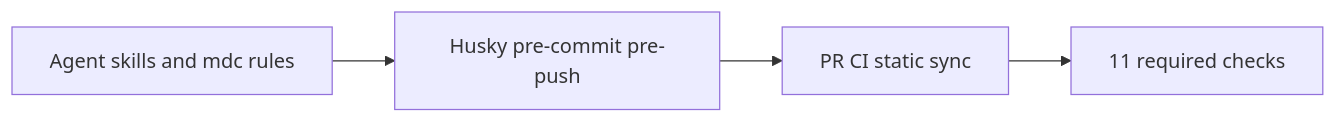
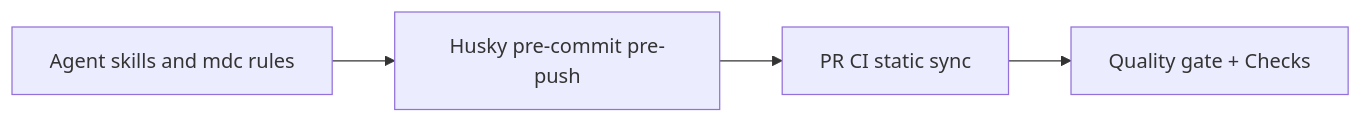
Before and after one commit to nikunjmavani/core-be: the second of 2 diagrams in docs/process/pr-review.md, drawn with Mermaid. The commit also changed other lines of this file and 24 other files, not shown here.

First line of the commit message:
ci: single Quality gate aggregate + single-trunk cleanup (#879)

````diff
--- a/docs/process/pr-review.md
+++ b/docs/process/pr-review.md
@@ -199,6 +199,6 @@
 ```mermaid
 flowchart LR
   AgentLayer[Agent skills and mdc rules] --> Hooks[Husky pre-commit pre-push]
   Hooks --> CILayer[PR CI static sync]
-  CILayer --> MergeGate[11 required checks]
+  CILayer --> MergeGate[Quality gate + Checks]
 ```
````
